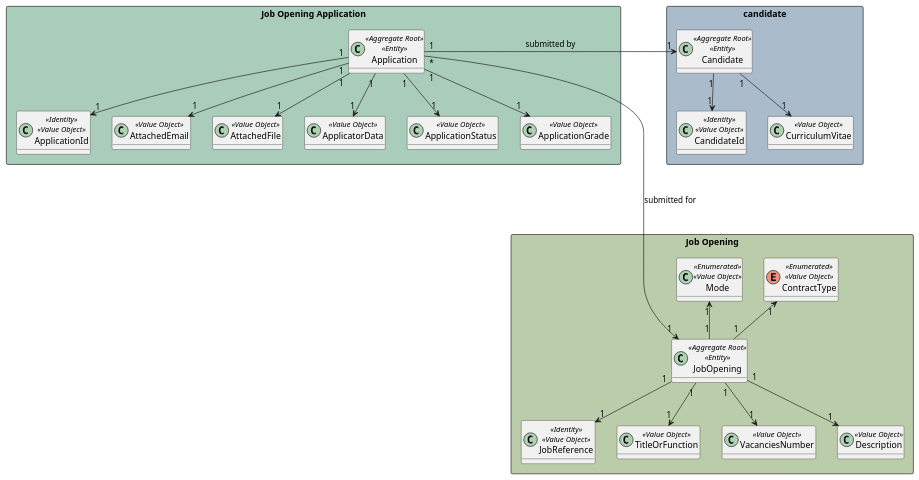
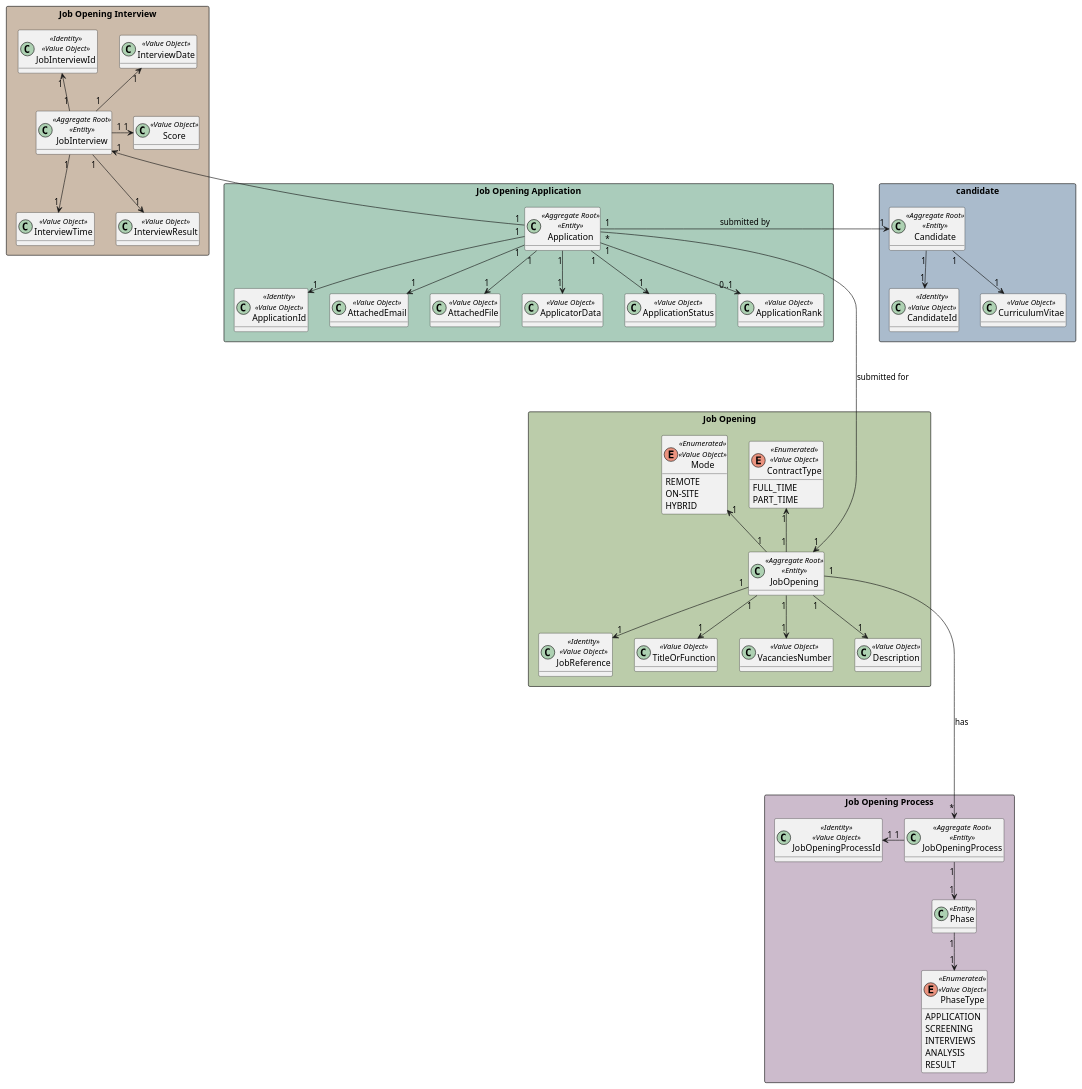
One commit to marcoferreira37/Lapr4 changed the diagram in docs/sprintC/1019/1019-domain-model.puml. Above: the diagram before and after it, drawn with PlantUML. The commit also changed 8 other files, not shown here.

```diff
--- a/docs/sprintC/1019/1019-domain-model.puml
+++ b/docs/sprintC/1019/1019-domain-model.puml
@@ -1,74 +1,123 @@
 @startuml
 'https://plantuml.com/class-diagram
 
 hide methods
 
 rectangle "Job Opening" #bbccaa {
 
     class JobOpening<<Aggregate Root>><<Entity>>{}
 
     class JobReference<<Identity>><<Value Object>>{}
 
     class TitleOrFunction<<Value Object>>{}
 
-    enum ContractType<<Enumerated>><<Value Object>>{}
+    enum ContractType<<Enumerated>><<Value Object>>{
+        FULL_TIME
+        PART_TIME
+    }
 
-    class Mode<<Enumerated>><<Value Object>>{}
+    enum Mode<<Enumerated>><<Value Object>>{
+        REMOTE
+        ON-SITE
+        HYBRID
+        }
 
 
     class VacanciesNumber<<Value Object>>{}
 
     class Description<<Value Object>>{}
 
-    ''Maybe go to Interview Model
+}
 
-}
 
 rectangle "Job Opening Application" #aaccbb {
 
     class Application<<Aggregate Root>><<Entity>>{}
 
     class ApplicationId<<Identity>><<Value Object>>{}
 
     class AttachedEmail<<Value Object>>{}
 
     class AttachedFile<<Value Object>>{}
 
     class ApplicatorData<<Value Object>>{}
 
     class ApplicationStatus<<Value Object>>{}
 
-    class ApplicationGrade<<Value Object>>{}
+    class ApplicationRank<<Value Object>>{}
+
 }
 
 
 rectangle candidate #aabbcc{
     class Candidate<<Aggregate Root>><<Entity>>{}
     class CandidateId<<Identity>><<Value Object>>{}
     class CurriculumVitae<<Value Object>>{}
 }
+
+
+
+rectangle "Job Opening Process" #ccbbcc{
+    class JobOpeningProcess<<Aggregate Root>><<Entity>>{}
+    class JobOpeningProcessId<<Identity>><<Value Object>>{}
+'    class JobOpeningProcessStatus<<Value Object>>{}
+'    class JobOpeningProcessStage<<Value Object>>{}
+    class Phase<<Entity>>{
+        }
+    enum PhaseType<<Enumerated>><<Value Object>>{
+        APPLICATION
+        SCREENING
+        INTERVIEWS
+        ANALYSIS
+        RESULT
+    }
+}
+
+rectangle "Job Opening Interview" #ccbbaa {
+    class JobInterview <<Aggregate Root>><<Entity>>{}
+    class JobInterviewId<<Identity>><<Value Object>>{}
+    class InterviewDate<<Value Object>>{}
+    class InterviewTime<<Value Object>>{}
+    class Score<<Value Object>>{}
+    class InterviewResult<<Value Object>>{}
+}
+
+
+JobInterview "1" -up-> "1" JobInterviewId
+JobInterview "1" -up-> "1" InterviewDate
+JobInterview "1" --> "1" InterviewTime
+JobInterview "1" -> "1" Score
+JobInterview "1" --> "1" InterviewResult
+
+Application "1" -up-> "1" JobInterview
+
+
 
 
 JobReference "1" <-up- "1" JobOpening
 TitleOrFunction "1" <-up- "1" JobOpening
 ContractType "1" <-- "1" JobOpening
 Mode "1" <-- "1" JobOpening
 Description "1" <-up- "1" JobOpening
 VacanciesNumber "1" <-up- "1" JobOpening
 
 Candidate "1"--> "1" CandidateId
 Candidate "1"--> "1" CurriculumVitae
 
 
 Application "1" --> "1" ApplicationId
 Application "1" --> "1" AttachedEmail
 Application "1" --> "1" AttachedFile
 Application "1" --> "1" ApplicatorData
 Application "*" -----> "1" JobOpening : submitted for
 Application "1" -> "1" Candidate : submitted by
 Application "1" --> "1" ApplicationStatus
-Application "1" --> "1" ApplicationGrade
+Application "1" --> "0..1" ApplicationRank
 
 
+JobOpeningProcess "1" -left-> "1" JobOpeningProcessId
+JobOpening "1" -----> "*" JobOpeningProcess : has
+JobOpeningProcess "1" --> "1" Phase
+Phase "1" --> "1" PhaseType
 
 @enduml
```
